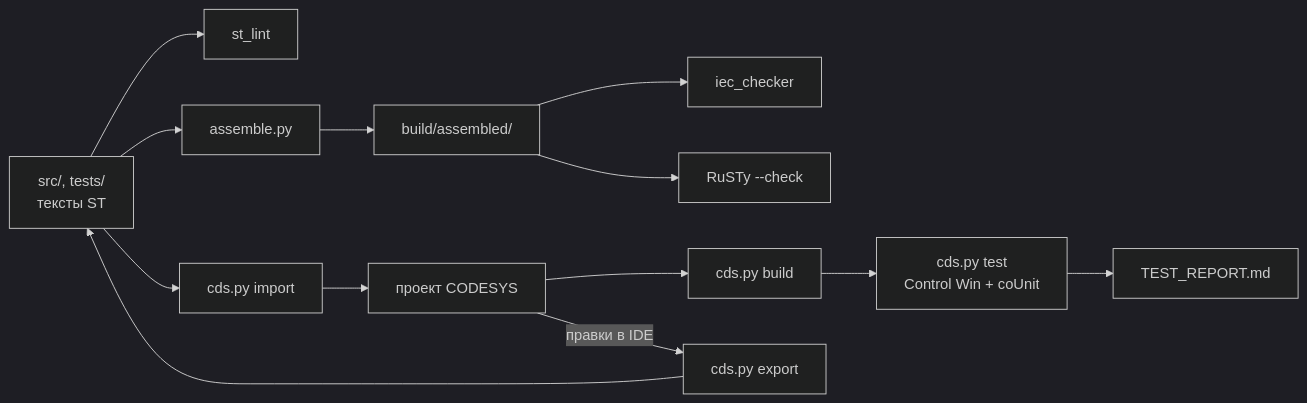
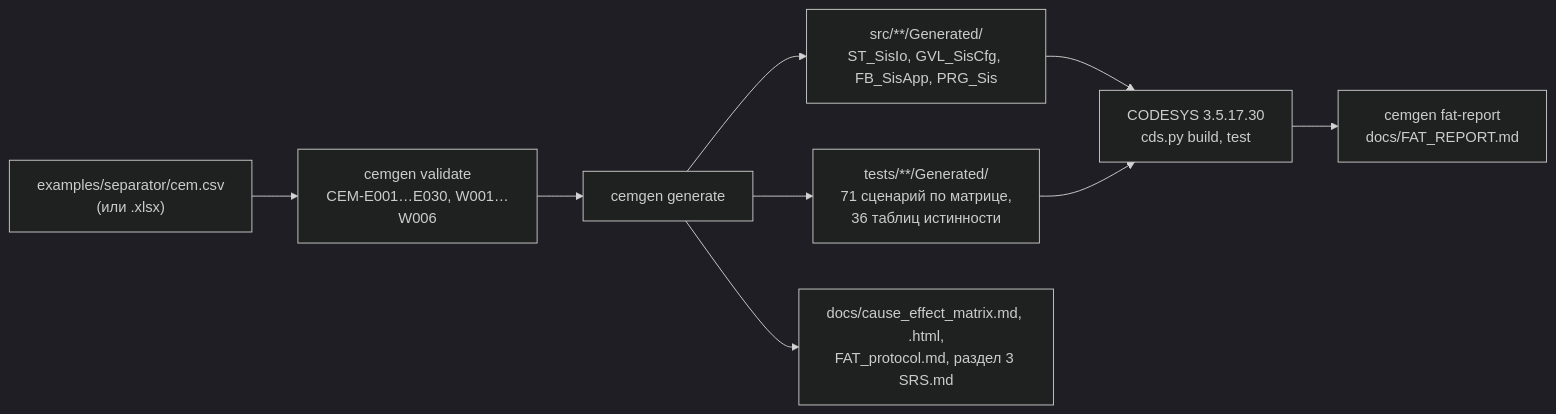
One commit to kr0nsch/sis-interlock-demo changed the second of 2 diagrams in README.md. Above: the diagram before and after it, drawn with Mermaid (dark theme). The commit also changed other lines of this file and 13 other files, not shown here.

Commit message:
docs: SRS (демонстрационная структура), матрица, протокол FAT, отчёты, README

````diff
--- a/README.md
+++ b/README.md
@@ -17,10 +78,11 @@
 ```mermaid
 flowchart LR
-    src["src/, tests/<br/>тексты ST"] --> lint["st_lint"]
-    src --> asm["assemble.py"] --> built["build/assembled/"]
-    built --> iec["iec_checker"]
-    built --> rusty["RuSTy --check"]
-    src --> imp["cds.py import"] --> proj["проект CODESYS"]
-    proj --> bld["cds.py build"] --> tst["cds.py test<br/>Control Win + coUnit"] --> rep["TEST_REPORT.md"]
-    proj -- "правки в IDE" --> exp["cds.py export"] --> src
+    csv["examples/separator/cem.csv<br/>(или .xlsx)"] --> val["cemgen validate<br/>CEM-E001…E030, W001…W006"]
+    val --> gen["cemgen generate"]
+    gen --> st["src/**/Generated/<br/>ST_SisIo, GVL_SisCfg, FB_SisApp, PRG_Sis"]
+    gen --> tests["tests/**/Generated/<br/>71 сценарий по матрице,<br/>36 таблиц истинности"]
+    gen --> docs["docs/cause_effect_matrix.md, .html,<br/>FAT_protocol.md, раздел 3 SRS.md"]
+    st --> cds["CODESYS 3.5.17.30<br/>cds.py build, test"]
+    tests --> cds
+    cds --> rep["cemgen fat-report<br/>docs/FAT_REPORT.md"]
 ```
````
